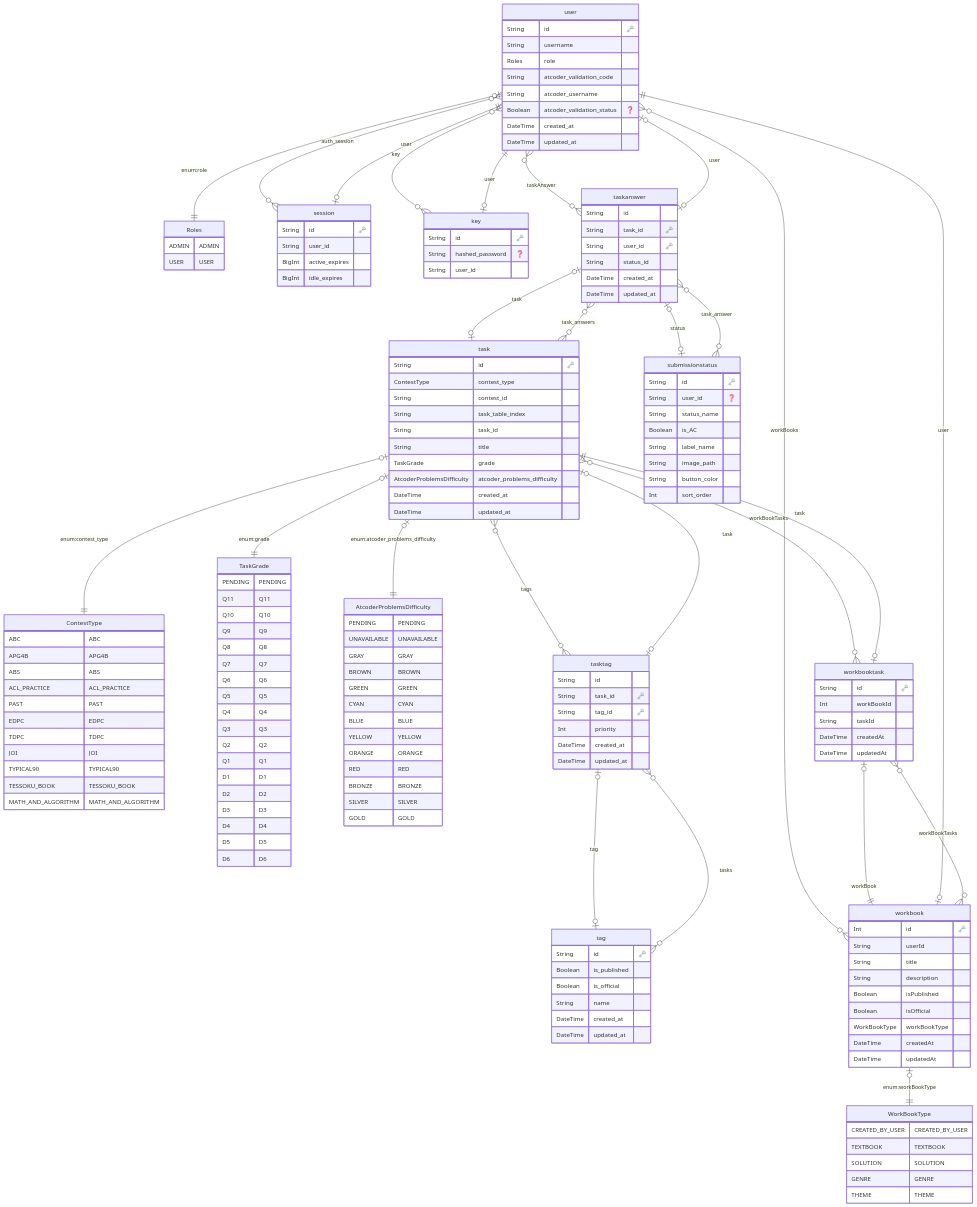
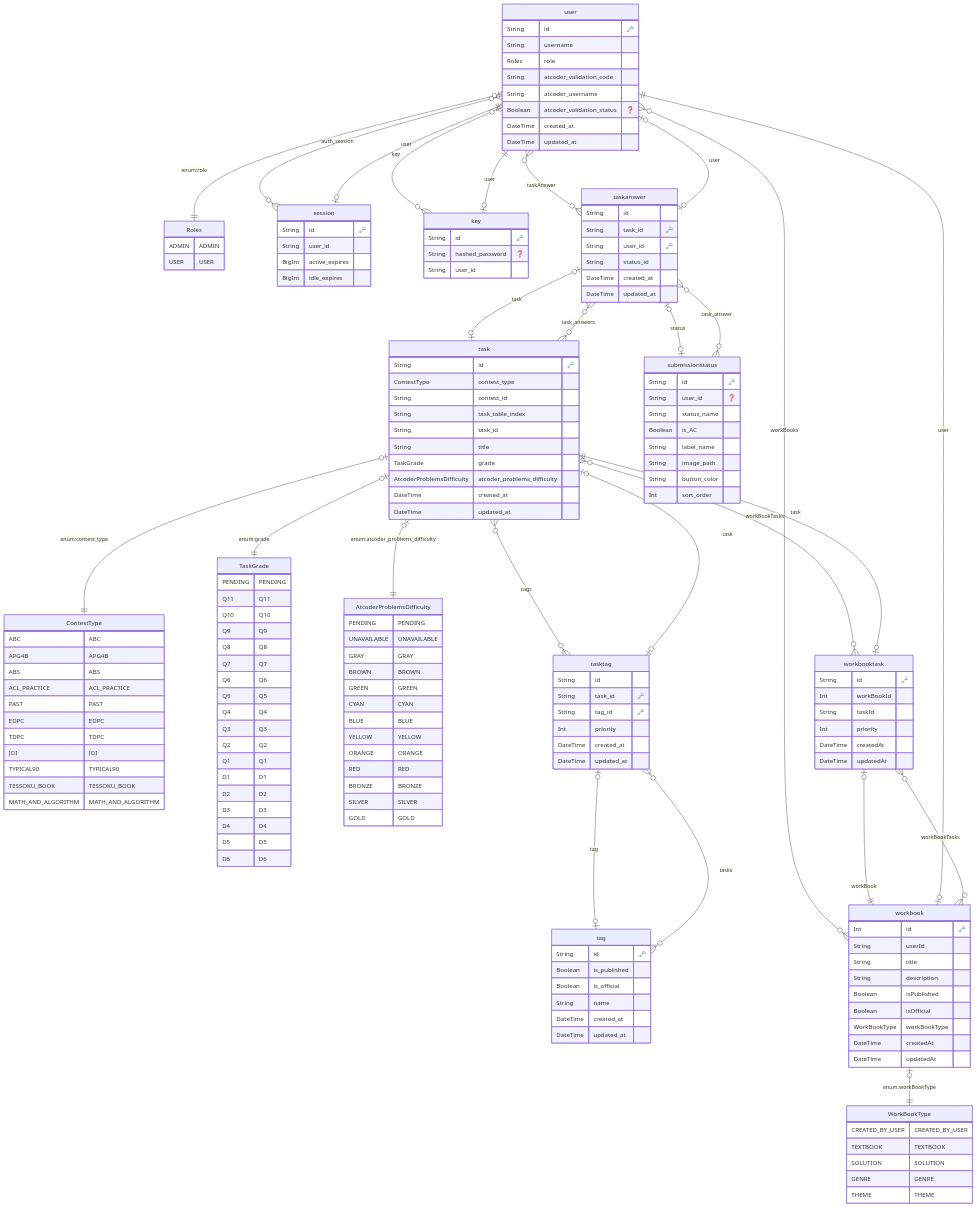
The diagram in prisma/ERD.md (AtCoder-NoviSteps/AtCoderNoviSteps), drawn with Mermaid before and after one commit. The commit also changed 4 other files, not shown here.

```diff
--- a/prisma/ERD.md
+++ b/prisma/ERD.md
@@ -173,6 +173,7 @@
     String id "🗝️"
     Int workBookId 
     String taskId 
+    Int priority 
     DateTime createdAt 
     DateTime updatedAt 
     }
```
